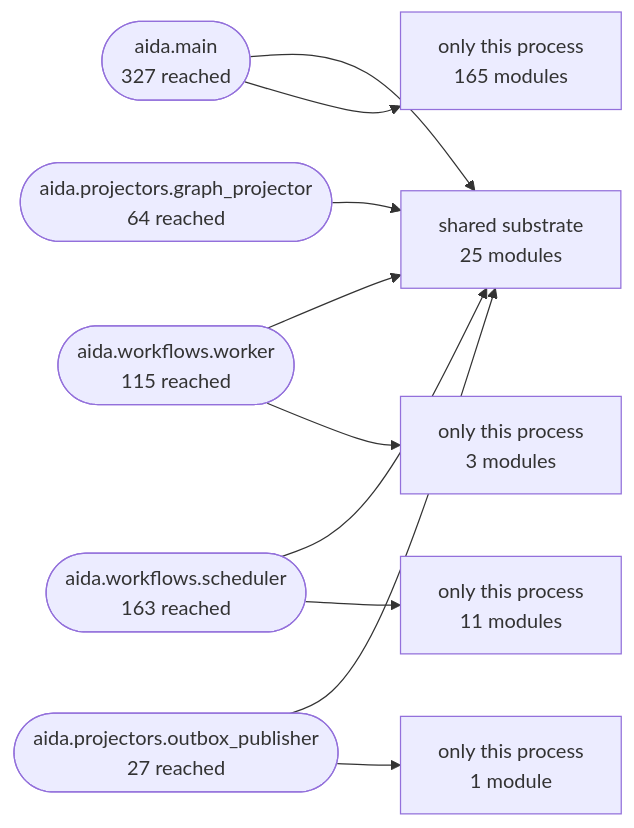
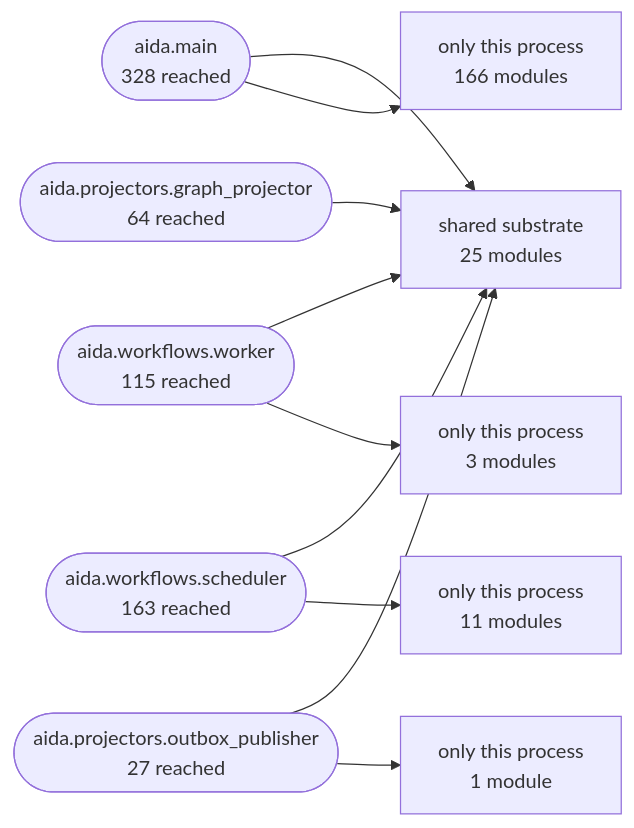
The second of 3 diagrams in Docs/10-architecture/14-generated-architecture-map.md (karuppusamym/AIDataAnalyst), drawn with Mermaid before and after one commit. The commit also changed other lines of this file and 18 other files, not shown here.

````diff
--- a/Docs/10-architecture/14-generated-architecture-map.md
+++ b/Docs/10-architecture/14-generated-architecture-map.md
@@ -172,22 +172,22 @@
 ```mermaid
 graph LR
   shared["shared substrate<br/>25 modules"]
-  aida_main(["aida.main<br/>327 reached"])
+  aida_main(["aida.main<br/>328 reached"])
   aida_workflows_worker(["aida.workflows.worker<br/>115 reached"])
   aida_workflows_scheduler(["aida.workflows.scheduler<br/>163 reached"])
   aida_projectors_graph_projector(["aida.projectors.graph_projector<br/>64 reached"])
   aida_projectors_outbox_publisher(["aida.projectors.outbox_publisher<br/>27 reached"])
   aida_main --> shared
-  only_aida_main["only this process<br/>165 modules"]
+  only_aida_main["only this process<br/>166 modules"]
   aida_main --> only_aida_main
   aida_workflows_worker --> shared
   only_aida_workflows_worker["only this process<br/>3 modules"]
   aida_workflows_worker --> only_aida_workflows_worker
   aida_workflows_scheduler --> shared
   only_aida_workflows_scheduler["only this process<br/>11 modules"]
   aida_workflows_scheduler --> only_aida_workflows_scheduler
   aida_projectors_graph_projector --> shared
   aida_projectors_outbox_publisher --> shared
   only_aida_projectors_outbox_publisher["only this process<br/>1 module"]
   aida_projectors_outbox_publisher --> only_aida_projectors_outbox_publisher
 ```
````
